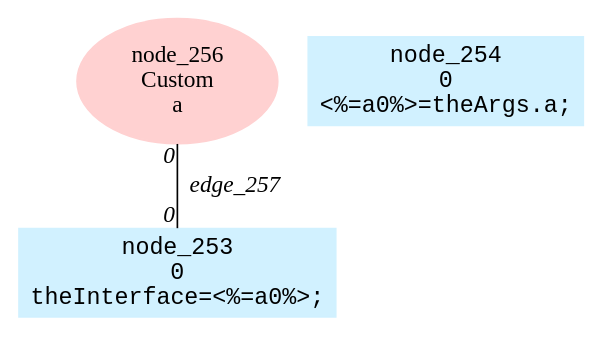
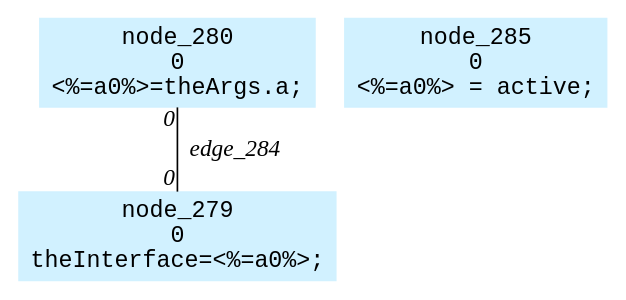
The diagram in lidl-core/example/xtest/arguments/graph1.dot (crubier/lidl), drawn with Graphviz before and after one commit. The commit also changed 136 other files, not shown here.

```diff
--- a/lidl-core/example/xtest/arguments/graph1.dot
+++ b/lidl-core/example/xtest/arguments/graph1.dot
@@ -1,13 +1,14 @@
-digraph g{node_256 [shape=ellipse, style=filled, color="#ffd1d1", label="node_256
-Custom
-a" ]
-node_253 [shape=box, style=filled, color="#d1f1ff", fontname="Courier", label="node_253
+digraph g{node_279 [shape=box, style=filled, color="#d1f1ff", fontname="Courier", label="node_279
 0
 theInterface=<%=a0%>;
 " ]
-node_254 [shape=box, style=filled, color="#d1f1ff", fontname="Courier", label="node_254
+node_280 [shape=box, style=filled, color="#d1f1ff", fontname="Courier", label="node_280
 0
 <%=a0%>=theArgs.a;
 " ]
-node_256 -> node_253 [dir=none, arrowHead=none, fontname="Times-Italic", label="edge_257",  headlabel="0", taillabel="0" ]
+node_285 [shape=box, style=filled, color="#d1f1ff", fontname="Courier", label="node_285
+0
+<%=a0%> = active;
+" ]
+node_280 -> node_279 [dir=none, arrowHead=none, fontname="Times-Italic", label="edge_284",  headlabel="0", taillabel="0" ]
 }
```
